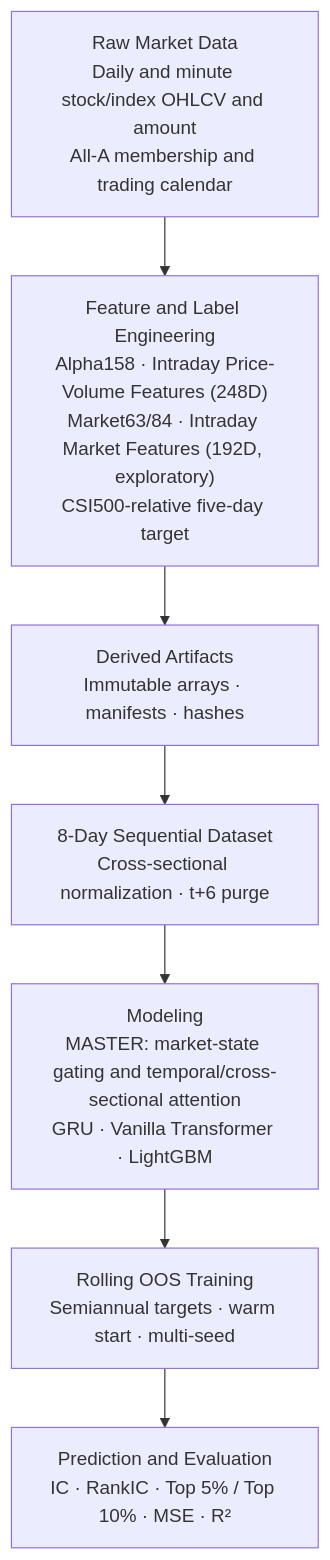
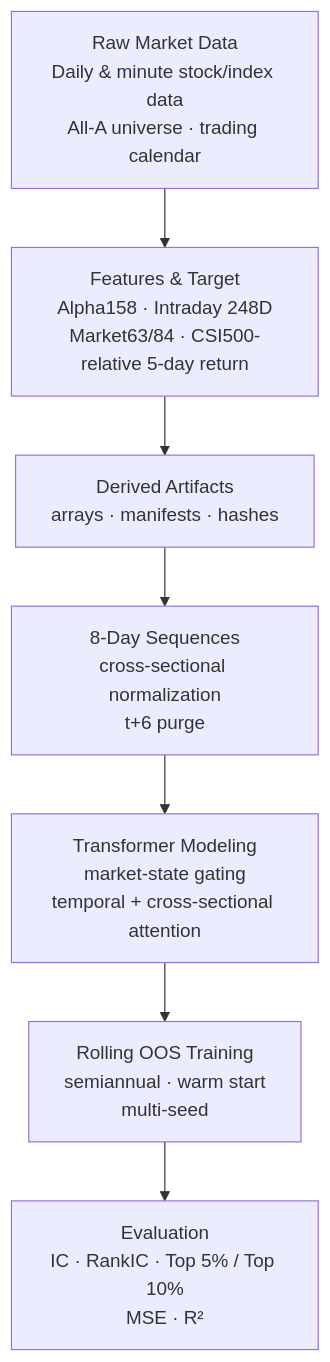
Before and after one commit to whrit/end-to-end-stock-transformer: the diagram in README.md, drawn with Mermaid. The commit also changed other lines of this file and 13 other files, not shown here.

````diff
--- a/README.md
+++ b/README.md
@@ -20,11 +22,11 @@
 ```mermaid
 flowchart TD
-    A["Raw Market Data<br/>Daily and minute stock/index OHLCV and amount<br/>All-A membership and trading calendar"]
-    B["Feature and Label Engineering<br/>Alpha158 · Intraday Price-Volume Features (248D)<br/>Market63/84 · Intraday Market Features (192D, exploratory)<br/>CSI500-relative five-day target"]
-    C["Derived Artifacts<br/>Immutable arrays · manifests · hashes"]
-    D["8-Day Sequential Dataset<br/>Cross-sectional normalization · t+6 purge"]
-    E["Modeling<br/>MASTER: market-state gating and temporal/cross-sectional attention<br/>GRU · Vanilla Transformer · LightGBM"]
-    F["Rolling OOS Training<br/>Semiannual targets · warm start · multi-seed"]
-    G["Prediction and Evaluation<br/>IC · RankIC · Top 5% / Top 10% · MSE · R²"]
+    A["Raw Market Data<br/>Daily & minute stock/index data<br/>All-A universe · trading calendar"]
+    B["Features & Target<br/>Alpha158 · Intraday 248D<br/>Market63/84 · CSI500-relative 5-day return"]
+    C["Derived Artifacts<br/>arrays · manifests · hashes"]
+    D["8-Day Sequences<br/>cross-sectional normalization<br/>t+6 purge"]
+    E["Transformer Modeling<br/>market-state gating<br/>temporal + cross-sectional attention"]
+    F["Rolling OOS Training<br/>semiannual · warm start<br/>multi-seed"]
+    G["Evaluation<br/>IC · RankIC · Top 5% / Top 10%<br/>MSE · R²"]
     A --> B --> C --> D --> E --> F --> G
 ```
````
